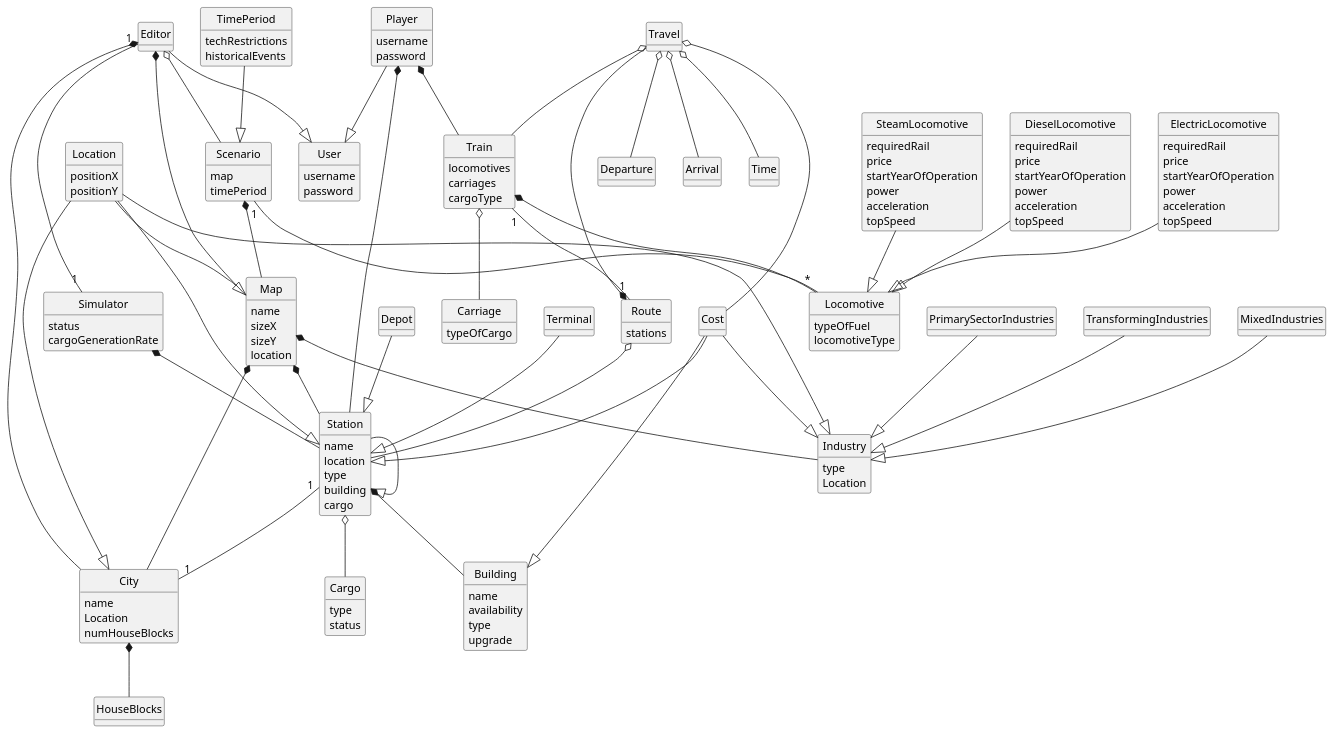
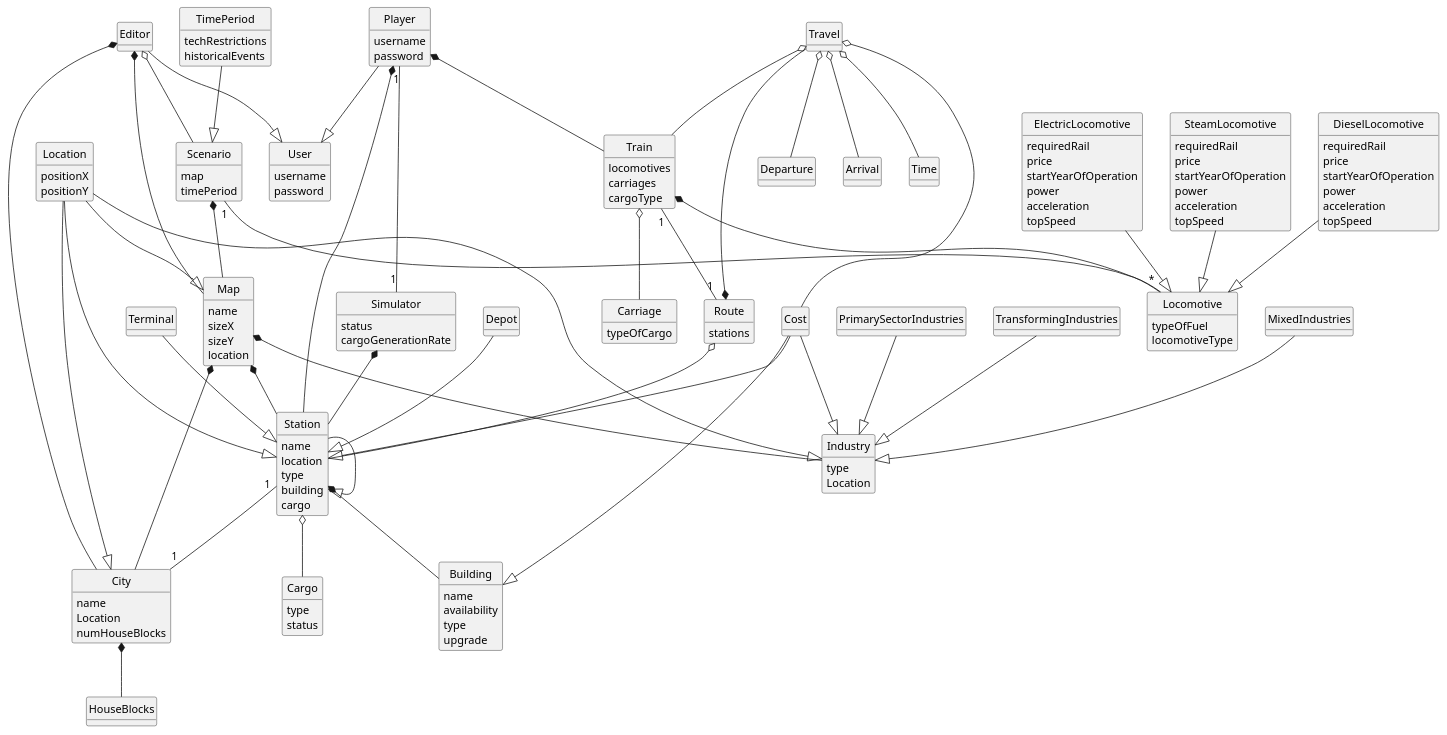
One commit to goncalolopesp/sem2-pi-24.25-g093-repo changed the diagram in docs/system-documentation/global-artifacts/02.analysis/puml/analysis.puml. Above: the diagram before and after it, drawn with PlantUML. The commit also changed 4 other files, not shown here.

```diff
--- a/docs/system-documentation/global-artifacts/02.analysis/puml/analysis.puml
+++ b/docs/system-documentation/global-artifacts/02.analysis/puml/analysis.puml
@@ -214,7 +214,7 @@
 
 Station "1" -- "1" City
 Train "1" -- "1" Route
-Editor "1" -- "1" Simulator
+Player "1" -- "1" Simulator
 Scenario "1"--"*" Locomotive
 
 @enduml
```
